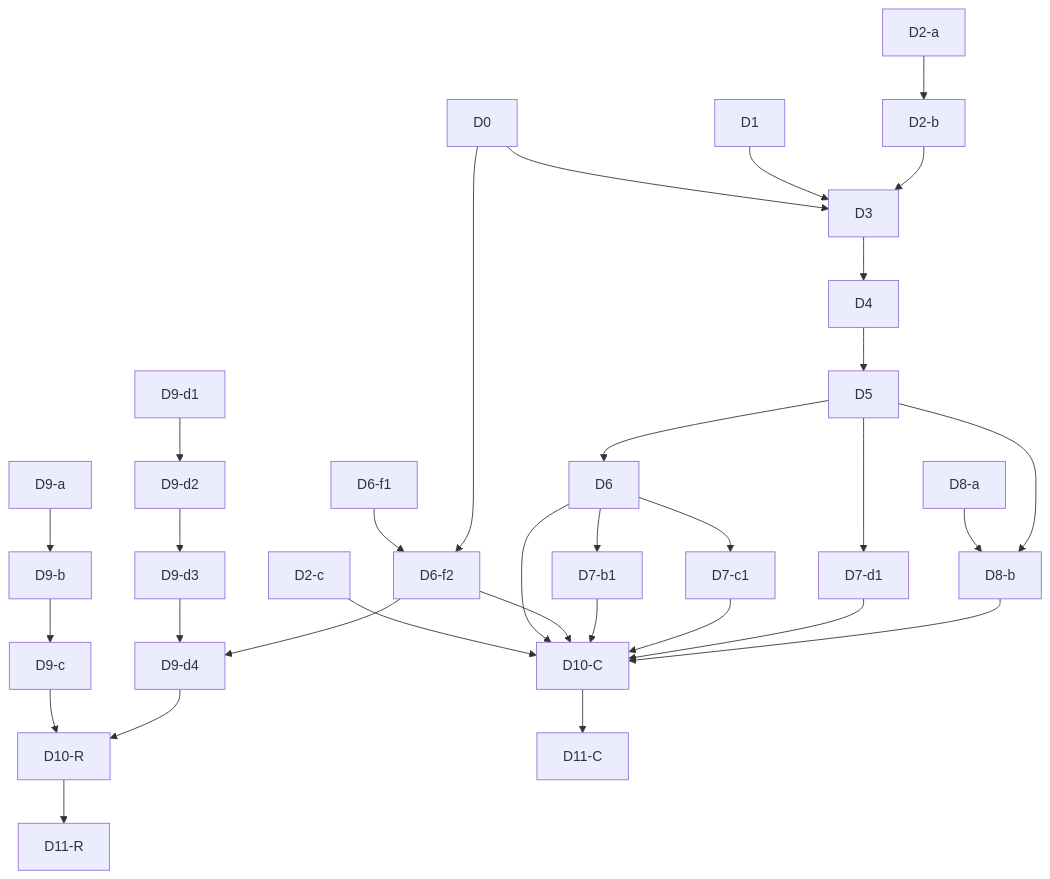
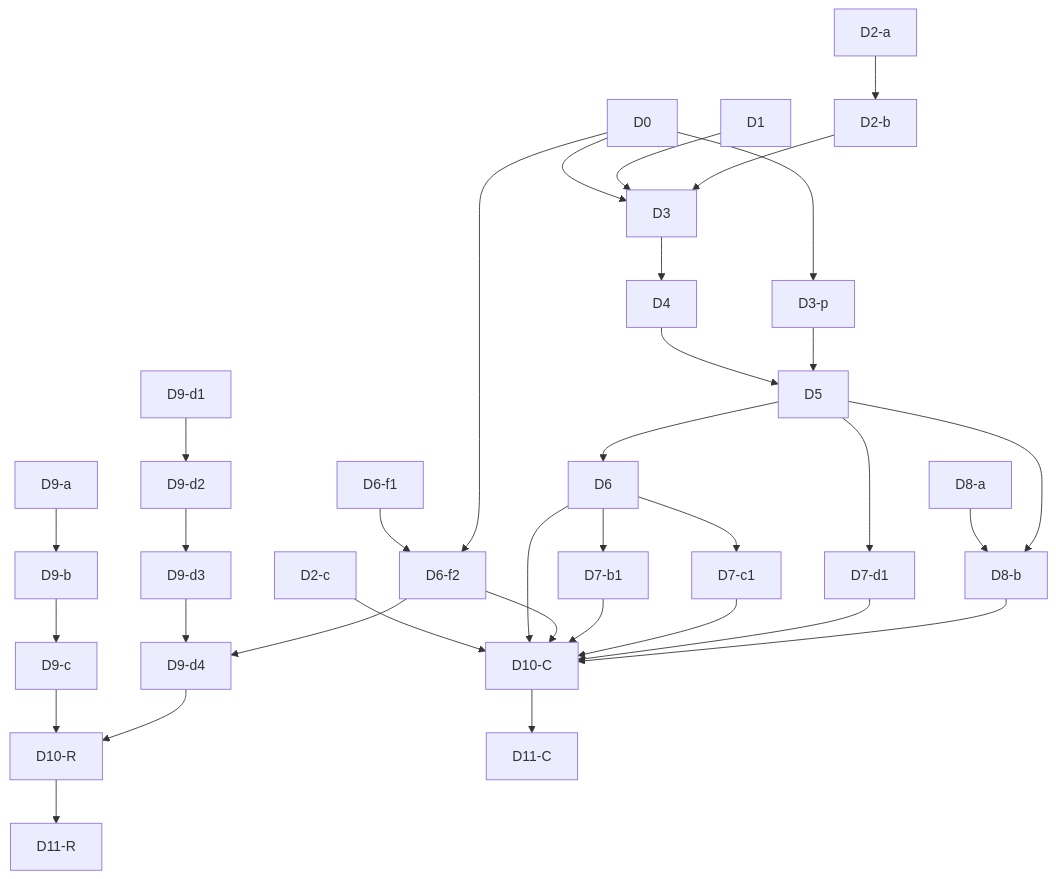
The second of 2 diagrams in docs/development/approval-canvas-v2-development-plan-20260720.md (zensgit/metasheet2), drawn with Mermaid before and after one commit. The commit also changed other lines of this file and 1 other file, not shown here.

````diff
--- a/docs/development/approval-canvas-v2-development-plan-20260720.md
+++ b/docs/development/approval-canvas-v2-development-plan-20260720.md
@@ -219,29 +231,30 @@
 ```mermaid
 flowchart TD
   D2A["D2-a"] --> D2B["D2-b"]
   D2C["D2-c"] --> D10C["D10-C"]
   D0 --> D3
   D1 --> D3
   D2B --> D3
   D3 --> D4 --> D5 --> D6
+  D0 --> D3P["D3-p"] --> D5
   D6F1["D6-f1"] --> D6F2["D6-f2"]
   D0 --> D6F2
   D6 --> D7B1["D7-b1"]
   D6 --> D7C1["D7-c1"]
   D5 --> D7D1["D7-d1"]
   D8A["D8-a"] --> D8B["D8-b"]
   D5 --> D8B
   D9A["D9-a"] --> D9B["D9-b"] --> D9C["D9-c"]
   D9D1["D9-d1"] --> D9D2["D9-d2"] --> D9D3["D9-d3"] --> D9D4["D9-d4"]
   D6F2 --> D9D4
   D6 --> D10C
   D6F2 --> D10C
   D7B1 --> D10C
   D7C1 --> D10C
   D7D1 --> D10C
   D8B --> D10C
   D9C --> D10R["D10-R"]
   D9D4 --> D10R
   D10C --> D11C["D11-C"]
   D10R --> D11R["D11-R"]
 ```
````
